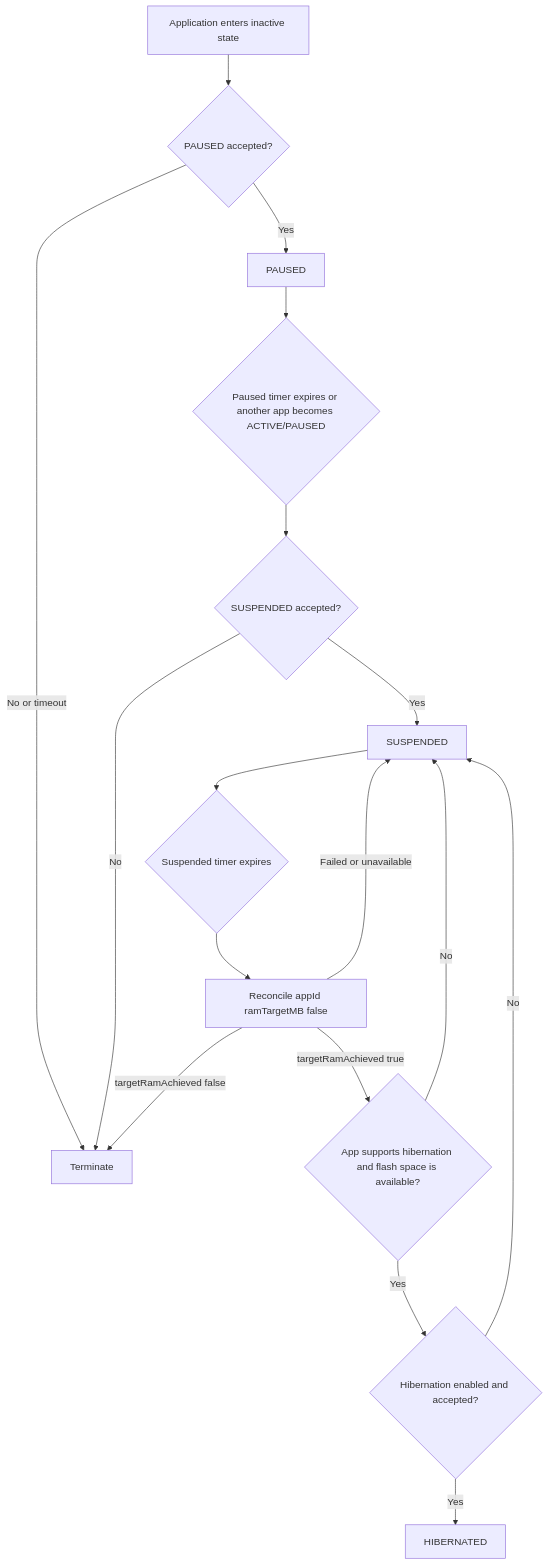
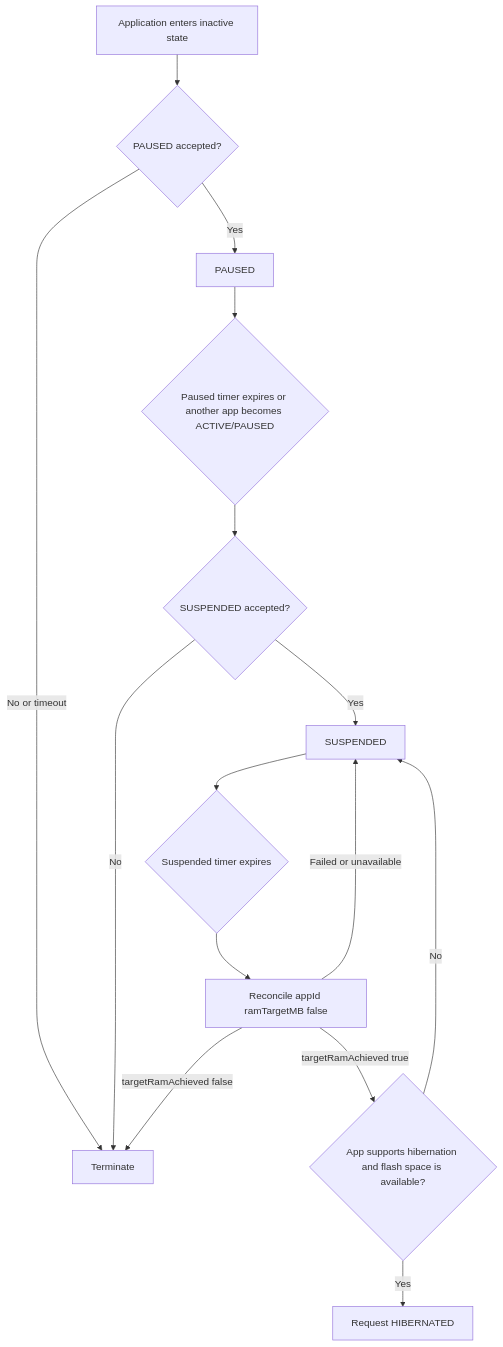
Before and after one commit to rdkcentral/entservices-appmanagers: the third of 3 diagrams in AppManager/ResourceMonitoring.md, drawn with Mermaid. The commit also changed other lines of this file and 6 other files, not shown here.

````diff
--- a/AppManager/ResourceMonitoring.md
+++ b/AppManager/ResourceMonitoring.md
@@ -147,19 +147,17 @@
 ```mermaid
 flowchart TD
     I[Application enters inactive state] --> P{PAUSED accepted?}
     P -- No or timeout --> T[Terminate]
     P -- Yes --> PS[PAUSED]
     PS --> E{Paused timer expires or another app becomes ACTIVE/PAUSED}
     E --> S{SUSPENDED accepted?}
     S -- No --> T
     S -- Yes --> SS[SUSPENDED]
     SS --> H{Suspended timer expires}
     H --> R[Reconcile appId ramTargetMB false]
     R -- Failed or unavailable --> SS
     R -- targetRamAchieved false --> T
     R -- targetRamAchieved true --> C{App supports hibernation and flash space is available?}
     C -- No --> SS
-    C -- Yes --> HE{Hibernation enabled and accepted?}
-    HE -- No --> SS
-    HE -- Yes --> HH[HIBERNATED]
+    C -- Yes --> HH[Request HIBERNATED]
 ```
````
